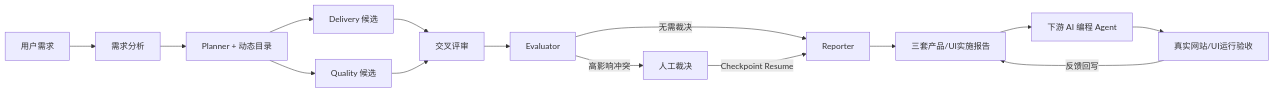
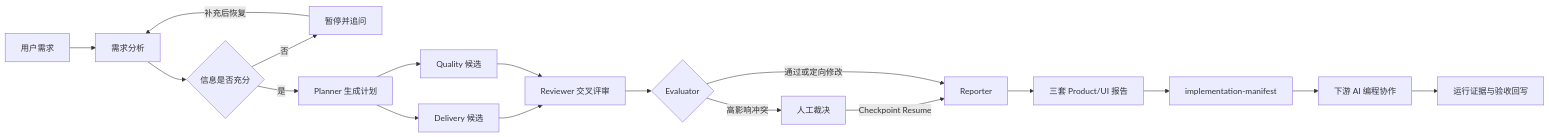
Before and after one commit to sail0kevin/AgentForge: the diagram in README.md, drawn with Mermaid. The commit also changed other lines of this file, not shown here.

````diff
--- a/README.md
+++ b/README.md
@@ -65,17 +38,20 @@
 ```mermaid
 flowchart LR
     A[用户需求] --> B[需求分析]
-    B --> C[Planner + 动态目录]
-    C --> D1[Delivery 候选]
-    C --> D2[Quality 候选]
-    D1 --> E[交叉评审]
-    D2 --> E
-    E --> F[Evaluator]
-    F -->|高影响冲突| G[人工裁决]
-    F -->|无需裁决| H[Reporter]
-    G -->|Checkpoint Resume| H
-    H --> I[三套产品/UI实施报告]
-     I --> J[下游 AI 编程 Agent]
-     J --> K[真实网站/UI运行验收]
-     K -->|反馈回写| I
+    B --> C{信息是否充分}
+    C -->|否| D[暂停并追问]
+    D -->|补充后恢复| B
+    C -->|是| E[Planner 生成计划]
+    E --> F1[Delivery 候选]
+    E --> F2[Quality 候选]
+    F1 --> G[Reviewer 交叉评审]
+    F2 --> G
+    G --> H{Evaluator}
+    H -->|高影响冲突| I[人工裁决]
+    I -->|Checkpoint Resume| J[Reporter]
+    H -->|通过或定向修改| J
+    J --> K[三套 Product/UI 报告]
+    K --> L[implementation-manifest]
+    L --> M[下游 AI 编程协作]
+    M --> N[运行证据与验收回写]
 ```
````
